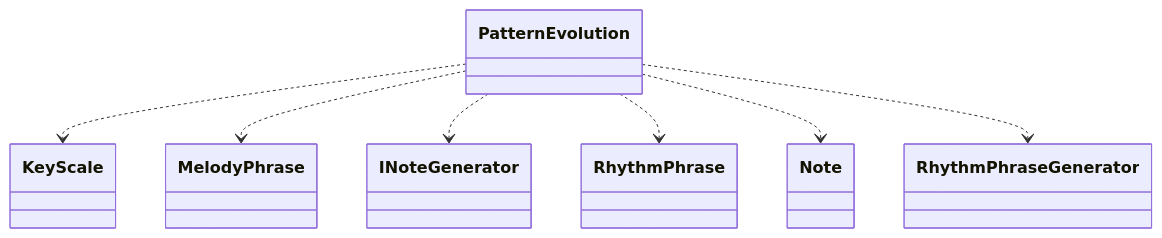
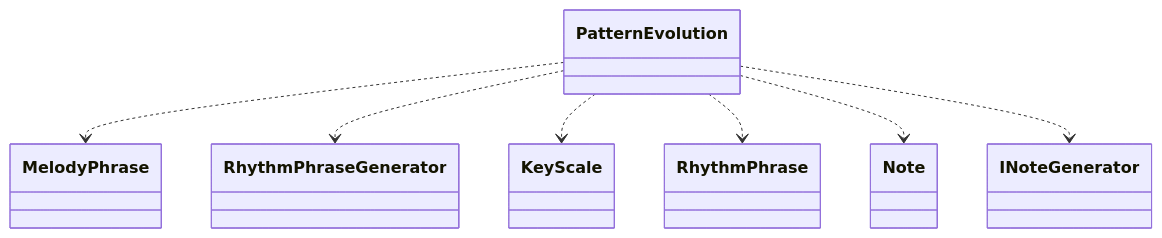
Diagram 38 of 39 in test/test.md (schnock-art/project_inspector), drawn with Mermaid before and after one commit. The commit also changed other lines of this file and 1 other file, not shown here.

Commit message:
Removed empty mermaid

````diff
--- a/test/test.md
+++ b/test/test.md
@@ -655,9 +655,9 @@
 ```mermaid
 classDiagram
+PatternEvolution ..> MelodyPhrase
+PatternEvolution ..> RhythmPhraseGenerator
 PatternEvolution ..> KeyScale
-PatternEvolution ..> MelodyPhrase
-PatternEvolution ..> INoteGenerator
 PatternEvolution ..> RhythmPhrase
 PatternEvolution ..> Note
-PatternEvolution ..> RhythmPhraseGenerator
+PatternEvolution ..> INoteGenerator
 ```
````
